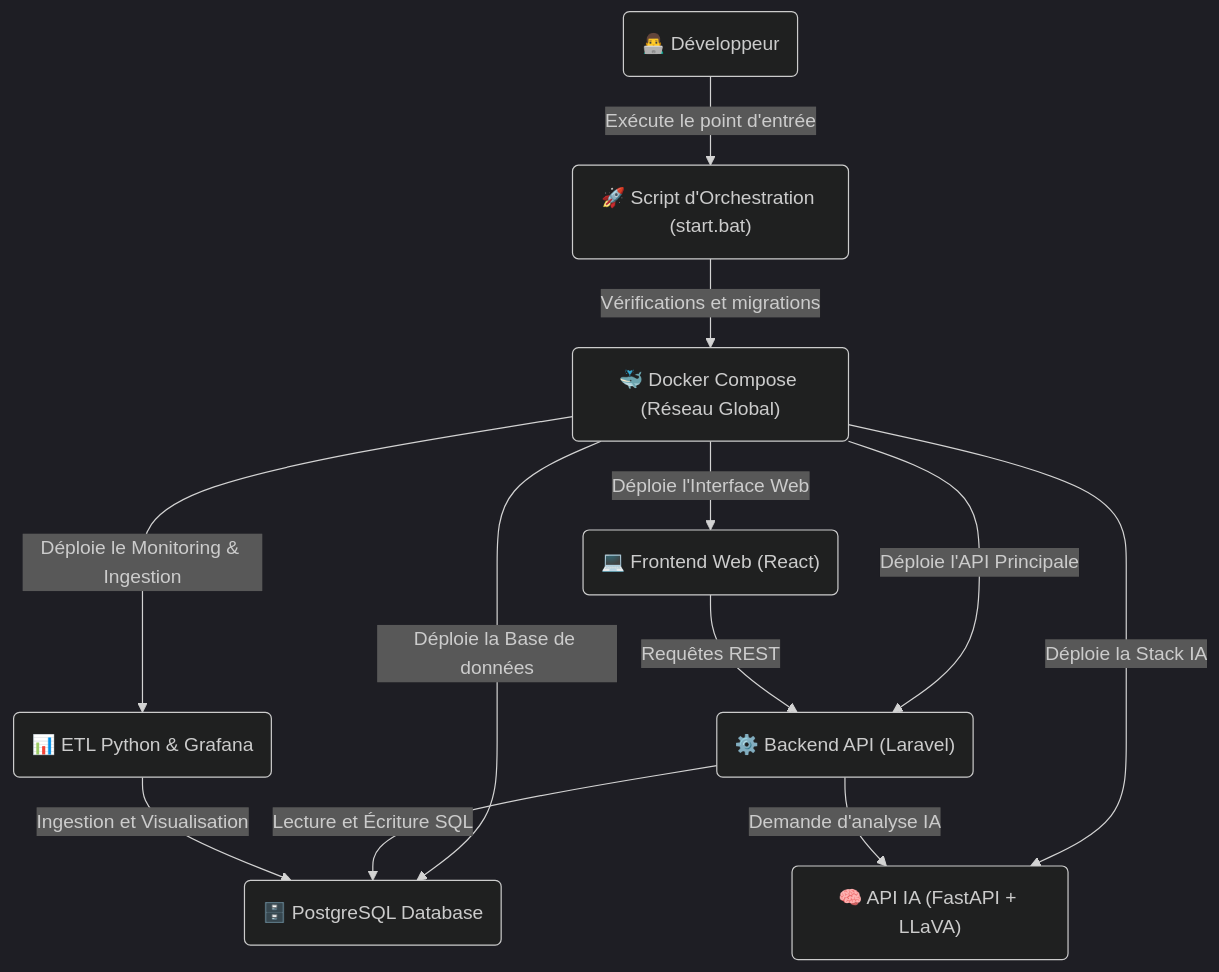
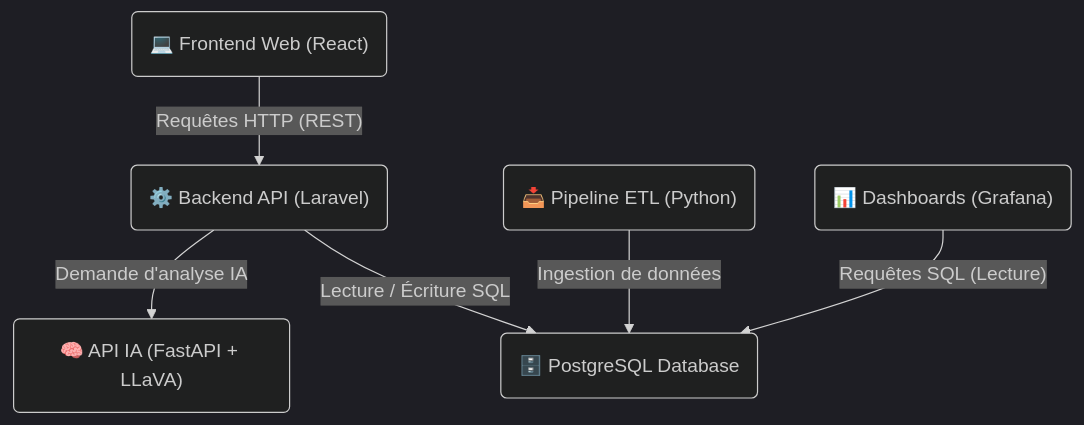
One commit to GroupMSPR/Health-IA-Workspace changed the diagram in README.md. Above: the diagram before and after it, drawn with Mermaid (dark theme).

````diff
--- a/README.md
+++ b/README.md
@@ -95,25 +95,21 @@
 ```mermaid
 graph TD
-    Dev("👨‍💻 Développeur")
-    Start("🚀 Script d'Orchestration (start.bat)")
-    Docker("🐳 Docker Compose (Réseau Global)")
+    %% Couche Applicative
     Front("💻 Frontend Web (React)")
     Back("⚙️ Backend API (Laravel)")
+    IA("🧠 API IA (FastAPI + LLaVA)")
+
+    %% Couche Data
+    ETL("📥 Pipeline ETL (Python)")
     DB("🗄️ PostgreSQL Database")
-    IA("🧠 API IA (FastAPI + LLaVA)")
-    Data("📊 ETL Python & Grafana")
+    Grafana("📊 Dashboards (Grafana)")
 
-    Dev -- "Exécute le point d'entrée" --> Start
-    Start -- "Vérifications et migrations" --> Docker
+    %% Flux Applicatifs (Le Backend au centre)
+    Front -- "Requêtes HTTP (REST)" --> Back
+    Back -- "Demande d'analyse IA" --> IA
     
-    Docker -- "Déploie l'Interface Web" --> Front
-    Docker -- "Déploie l'API Principale" --> Back
-    Docker -- "Déploie la Base de données" --> DB
-    Docker -- "Déploie la Stack IA" --> IA
-    Docker -- "Déploie le Monitoring & Ingestion" --> Data
-
-    Front -- "Requêtes REST" --> Back
-    Back -- "Lecture et Écriture SQL" --> DB
-    Back -- "Demande d'analyse IA" --> IA
-    Data -- "Ingestion et Visualisation" --> DB
+    %% Flux de Données (La DB au centre)
+    Back -- "Lecture / Écriture SQL" --> DB
+    ETL -- "Ingestion de données" --> DB
+    Grafana -- "Requêtes SQL (Lecture)" --> DB
 ```
````
